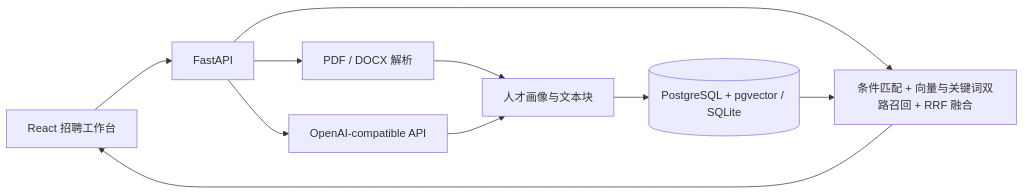
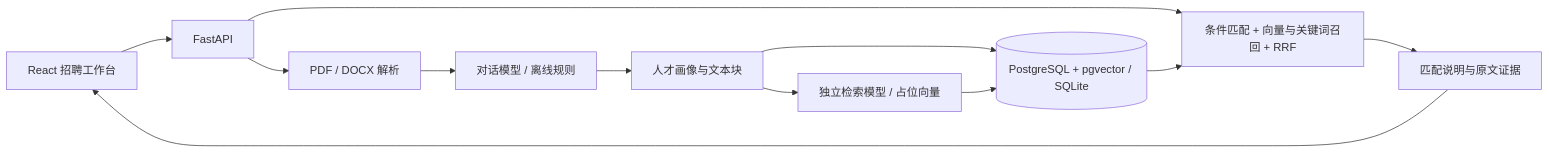
Before and after one commit to Alen-hjm/JiaLie-RAG: the diagram in README.md, drawn with Mermaid. The commit also changed other lines of this file and 5 other files, not shown here.

````diff
--- a/README.md
+++ b/README.md
@@ -70,12 +202,14 @@
 ```mermaid
 flowchart LR
     UI[React 招聘工作台] --> API[FastAPI]
     API --> Parser[PDF / DOCX 解析]
-    API --> LLM[OpenAI-compatible API]
-    Parser --> Profile[人才画像与文本块]
-    LLM --> Profile
+    Parser --> Chat[对话模型 / 离线规则]
+    Chat --> Profile[人才画像与文本块]
+    Profile --> Embed[独立检索模型 / 占位向量]
     Profile --> DB[(PostgreSQL + pgvector / SQLite)]
-    API --> Search[条件匹配 + 向量与关键词双路召回 + RRF 融合]
+    Embed --> DB
+    API --> Search[条件匹配 + 向量与关键词召回 + RRF]
     DB --> Search
-    Search --> UI
+    Search --> Evidence[匹配说明与原文证据]
+    Evidence --> UI
 ```
````
